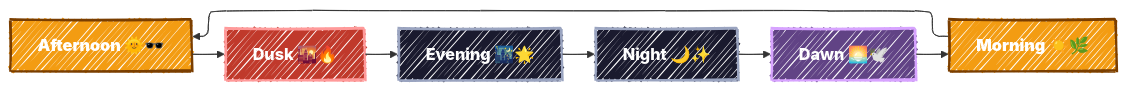
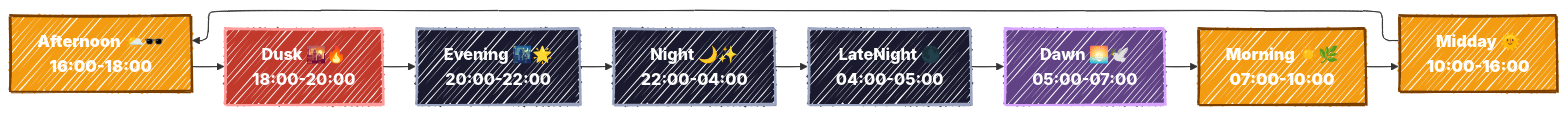
One commit to baaz777/rift changed the first of 5 diagrams in README.md. Above: the diagram before and after it, drawn with Mermaid. The commit also changed other lines of this file, not shown here.

````diff
--- a/README.md
+++ b/README.md
@@ -213,17 +229,24 @@
 ```mermaid
 ---
 config:
   look: handDrawn
   theme: mc
   themeVariables:
     fontSize: 18px
   layout: elk
 ---
 graph LR
     classDef night fill:#1a1a2e,stroke:#9aa4c0,stroke-width:2.5px,color:#ffffff,font-weight:800
     classDef dawn  fill:#614385,stroke:#d7a3ff,stroke-width:2.5px,color:#ffffff,font-weight:800
     classDef day   fill:#f39c12,stroke:#7a3e00,stroke-width:2.5px,color:#ffffff,font-weight:900
     classDef dusk  fill:#c0392b,stroke:#ff9a9a,stroke-width:2.5px,color:#ffffff,font-weight:800
 
-    N["Night 🌙✨"]:::night --> D["Dawn 🌅🕊️"]:::dawn --> M["Morning ☀️🌿"]:::day --> A["Afternoon 🌞🕶️"]:::day --> DU["Dusk 🌇🔥"]:::dusk --> E["Evening 🌃🌟"]:::night --> N
+    N["Night 🌙✨<br/>22:00-04:00"]:::night --> LN["LateNight 🌑<br/>04:00-05:00"]:::night
+    LN --> D["Dawn 🌅🕊️<br/>05:00-07:00"]:::dawn
+    D --> M["Morning ☀️🌿<br/>07:00-10:00"]:::day
+    M --> MD["Midday 🌞<br/>10:00-16:00"]:::day
+    MD --> A["Afternoon 🌤️🕶️<br/>16:00-18:00"]:::day
+    A --> DU["Dusk 🌇🔥<br/>18:00-20:00"]:::dusk
+    DU --> E["Evening 🌃🌟<br/>20:00-22:00"]:::night
+    E --> N
 ```
````
